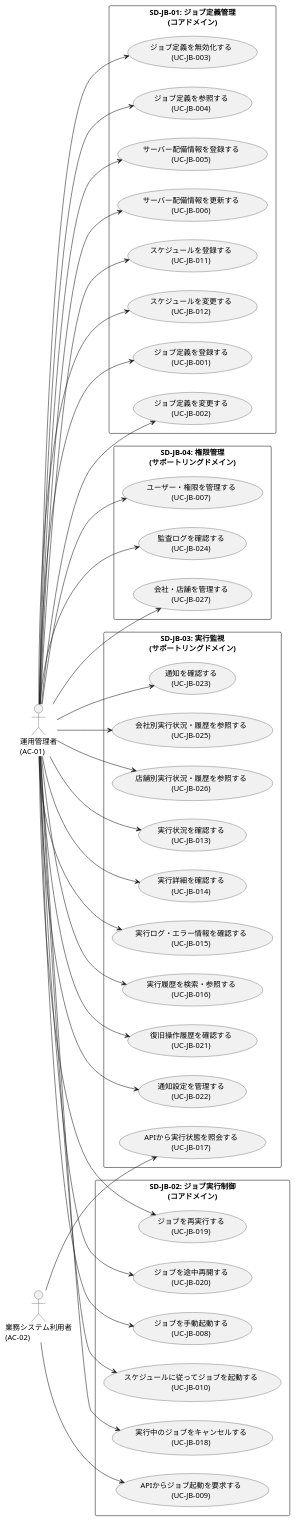
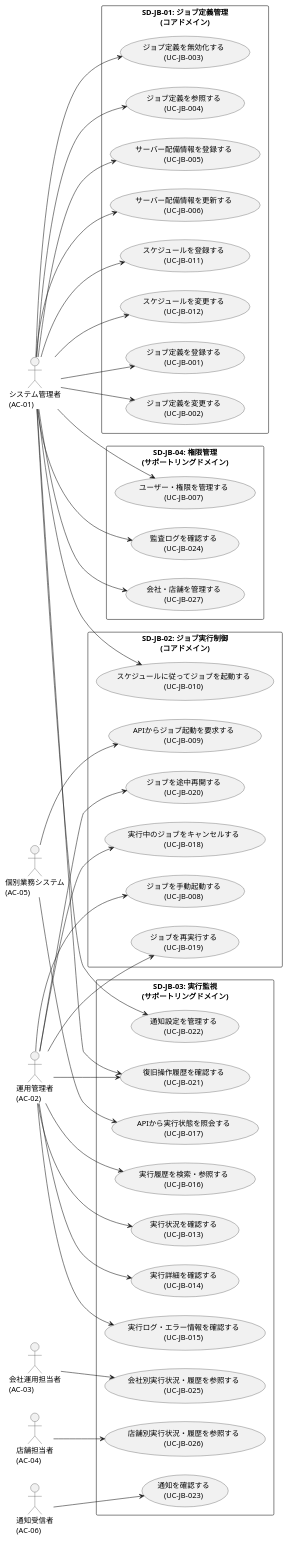
One commit to mizo432/modulith-learning changed the fifth of 5 diagrams in docs/22 要件定義書/JB ジョブ管理/03 機能要件/JB-01 ジョブ実行管理/04.システム/08.DDDモデル候補/サブドメイン毎ユースケース図.md. Above: the diagram before and after it, drawn with PlantUML. The commit also changed other lines of this file and 96 other files, not shown here.

````diff
--- a/docs/22 要件定義書/JB ジョブ管理/03 機能要件/JB-01 ジョブ実行管理/04.システム/08.DDDモデル候補/サブドメイン毎ユースケース図.md
+++ b/docs/22 要件定義書/JB ジョブ管理/03 機能要件/JB-01 ジョブ実行管理/04.システム/08.DDDモデル候補/サブドメイン毎ユースケース図.md
@@ -212,77 +218,82 @@
 ```plantuml
 @startuml
 left to right direction
 skinparam packageStyle rectangle
 
-actor "運用管理者\n(AC-01)" as AC01
-actor "業務システム利用者\n(AC-02)" as AC02
+actor "システム管理者\n(AC-01)" as AC01
+actor "運用管理者\n(AC-02)" as AC02
+actor "会社運用担当者\n(AC-03)" as AC03
+actor "店舗担当者\n(AC-04)" as AC04
+actor "個別業務システム\n(AC-05)" as AC05
+actor "通知受信者\n(AC-06)" as AC06
 
 package "SD-JB-01: ジョブ定義管理\n(コアドメイン)" {
   usecase "ジョブ定義を登録する\n(UC-JB-001)" as UC001
   usecase "ジョブ定義を変更する\n(UC-JB-002)" as UC002
   usecase "ジョブ定義を無効化する\n(UC-JB-003)" as UC003
   usecase "ジョブ定義を参照する\n(UC-JB-004)" as UC004
   usecase "サーバー配備情報を登録する\n(UC-JB-005)" as UC005
   usecase "サーバー配備情報を更新する\n(UC-JB-006)" as UC006
   usecase "スケジュールを登録する\n(UC-JB-011)" as UC011
   usecase "スケジュールを変更する\n(UC-JB-012)" as UC012
 }
 
 package "SD-JB-02: ジョブ実行制御\n(コアドメイン)" {
   usecase "ジョブを手動起動する\n(UC-JB-008)" as UC008
   usecase "APIからジョブ起動を要求する\n(UC-JB-009)" as UC009
   usecase "スケジュールに従ってジョブを起動する\n(UC-JB-010)" as UC010
   usecase "実行中のジョブをキャンセルする\n(UC-JB-018)" as UC018
   usecase "ジョブを再実行する\n(UC-JB-019)" as UC019
   usecase "ジョブを途中再開する\n(UC-JB-020)" as UC020
 }
 
 package "SD-JB-03: 実行監視\n(サポートリングドメイン)" {
   usecase "実行状況を確認する\n(UC-JB-013)" as UC013
   usecase "実行詳細を確認する\n(UC-JB-014)" as UC014
   usecase "実行ログ・エラー情報を確認する\n(UC-JB-015)" as UC015
   usecase "実行履歴を検索・参照する\n(UC-JB-016)" as UC016
   usecase "APIから実行状態を照会する\n(UC-JB-017)" as UC017
   usecase "復旧操作履歴を確認する\n(UC-JB-021)" as UC021
   usecase "通知設定を管理する\n(UC-JB-022)" as UC022
   usecase "通知を確認する\n(UC-JB-023)" as UC023
   usecase "会社別実行状況・履歴を参照する\n(UC-JB-025)" as UC025
   usecase "店舗別実行状況・履歴を参照する\n(UC-JB-026)" as UC026
 }
 
 package "SD-JB-04: 権限管理\n(サポートリングドメイン)" {
   usecase "ユーザー・権限を管理する\n(UC-JB-007)" as UC007
   usecase "監査ログを確認する\n(UC-JB-024)" as UC024
   usecase "会社・店舗を管理する\n(UC-JB-027)" as UC027
 }
 
 AC01 --> UC001
 AC01 --> UC002
 AC01 --> UC003
 AC01 --> UC004
 AC01 --> UC005
 AC01 --> UC006
 AC01 --> UC007
-AC01 --> UC008
 AC01 --> UC010
 AC01 --> UC011
 AC01 --> UC012
-AC01 --> UC013
-AC01 --> UC014
-AC01 --> UC015
-AC01 --> UC016
-AC01 --> UC018
-AC01 --> UC019
-AC01 --> UC020
 AC01 --> UC021
 AC01 --> UC022
-AC01 --> UC023
 AC01 --> UC024
-AC01 --> UC025
-AC01 --> UC026
 AC01 --> UC027
-AC02 --> UC009
-AC02 --> UC017
+AC02 --> UC008
+AC02 --> UC013
+AC02 --> UC014
+AC02 --> UC015
+AC02 --> UC016
+AC02 --> UC018
+AC02 --> UC019
+AC02 --> UC020
+AC02 --> UC021
+AC03 --> UC025
+AC04 --> UC026
+AC05 --> UC009
+AC05 --> UC017
+AC06 --> UC023
 
 @enduml
 ```
````
